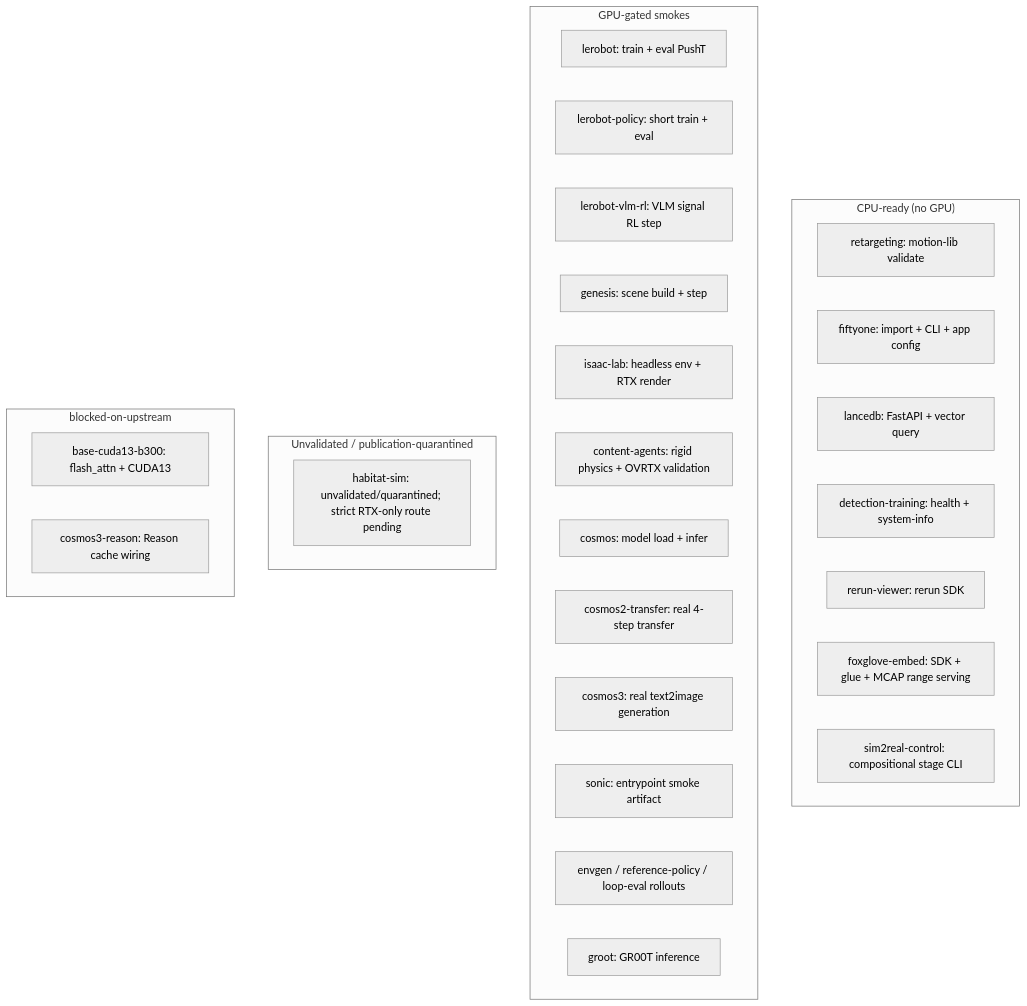
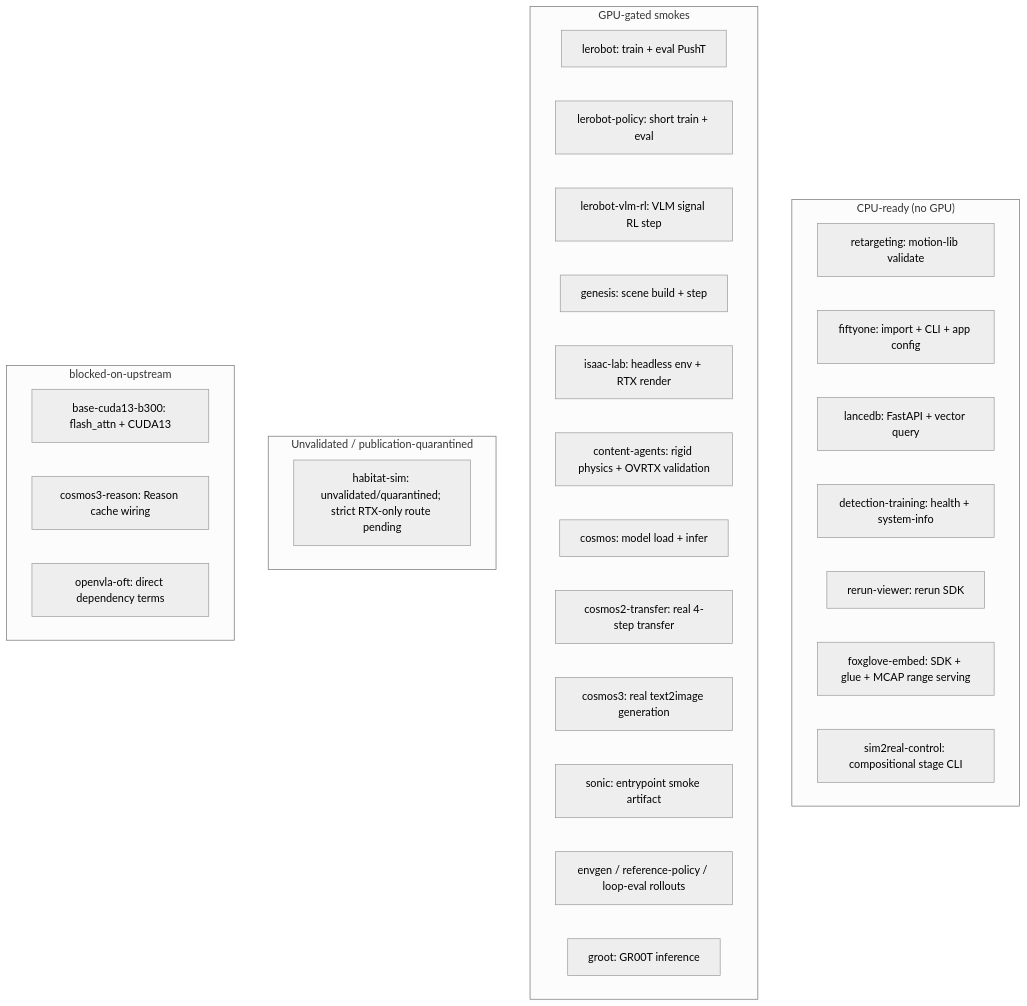
The diagram in docs/security/container-golden-evals.md (nebius/nebius-physical-ai), drawn with Mermaid (neutral theme) before and after one commit. The commit also changed other lines of this file, not shown here.

Commit message:
Document the blocked OpenVLA-OFT image

````diff
--- a/docs/security/container-golden-evals.md
+++ b/docs/security/container-golden-evals.md
@@ -96,33 +96,34 @@
 ```mermaid
 flowchart TB
   subgraph cpu_ready["CPU-ready (no GPU)"]
     retargeting["retargeting: motion-lib validate"]
     fiftyone["fiftyone: import + CLI + app config"]
     lancedb["lancedb: FastAPI + vector query"]
     det_train["detection-training: health + system-info"]
     rerun["rerun-viewer: rerun SDK"]
     foxglove["foxglove-embed: SDK + glue + MCAP range serving"]
     control["sim2real-control: compositional stage CLI"]
   end
   subgraph gpu_gated["GPU-gated smokes"]
     lerobot["lerobot: train + eval PushT"]
     policy["lerobot-policy: short train + eval"]
     vlm["lerobot-vlm-rl: VLM signal RL step"]
     genesis["genesis: scene build + step"]
     isaac["isaac-lab: headless env + RTX render"]
     content["content-agents: rigid physics + OVRTX validation"]
     cosmos["cosmos: model load + infer"]
     transfer["cosmos2-transfer: real 4-step transfer"]
     c3["cosmos3: real text2image generation"]
     sonic["sonic: entrypoint smoke artifact"]
     s2r["envgen / reference-policy / loop-eval rollouts"]
     groot["groot: GR00T inference"]
   end
   subgraph unvalidated["Unvalidated / publication-quarantined"]
     habitat["habitat-sim: unvalidated/quarantined; strict RTX-only route pending"]
   end
   subgraph blocked["blocked-on-upstream"]
     b300["base-cuda13-b300: flash_attn + CUDA13"]
     reason["cosmos3-reason: Reason cache wiring"]
+    openvla["openvla-oft: direct dependency terms"]
   end
 ```
````
